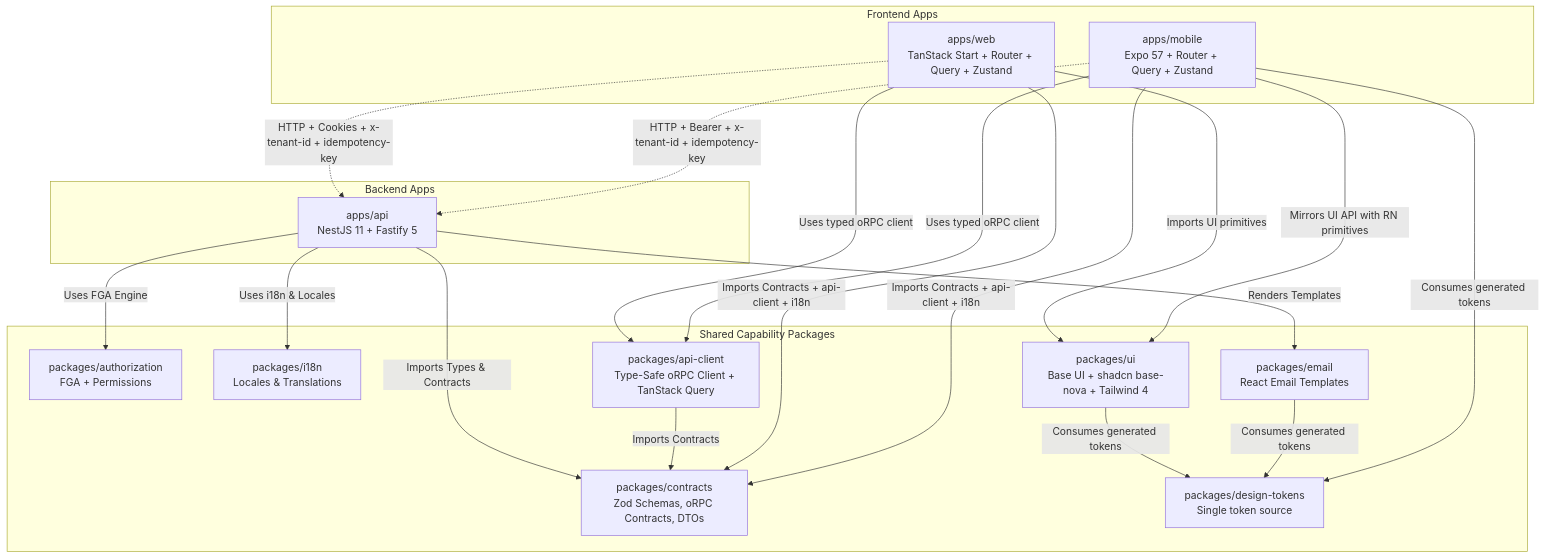
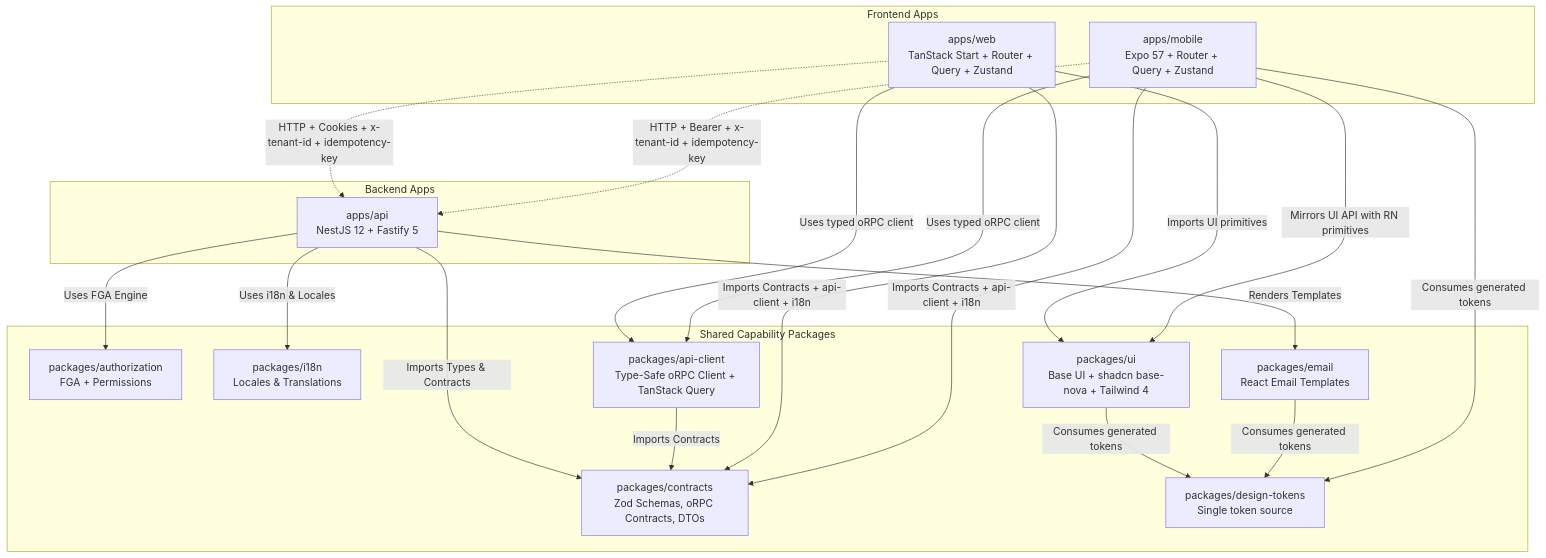
One commit to ihssmaheel-dev/modular-monolith-starter changed the first of 3 diagrams in ARCHITECTURE.md. Above: the diagram before and after it, drawn with Mermaid. The commit also changed other lines of this file and 8 other files, not shown here.

Commit message:
feat(api): upgrade to NestJS 12 with Fastify 5 support

````diff
--- a/ARCHITECTURE.md
+++ b/ARCHITECTURE.md
@@ -19,39 +19,39 @@
 ```mermaid
 graph TD
     subgraph Frontend Apps
         Web[apps/web<br>TanStack Start + Router + Query + Zustand]
         Mobile[apps/mobile<br>Expo 57 + Router + Query + Zustand]
     end
 
     subgraph Backend Apps
-        A[apps/api<br>NestJS 11 + Fastify 5]
+        A[apps/api<br>NestJS 12 + Fastify 5]
     end
 
     subgraph Shared Capability Packages
         S[packages/contracts<br>Zod Schemas, oRPC Contracts, DTOs]
         AuthZ[packages/authorization<br>FGA + Permissions]
         I18N[packages/i18n<br>Locales & Translations]
         Client[packages/api-client<br>Type-Safe oRPC Client + TanStack Query]
         UI[packages/ui<br>Base UI + shadcn base-nova + Tailwind 4]
         Tokens[packages/design-tokens<br>Single token source]
         Email[packages/email<br>React Email Templates]
     end
 
     A -->|Imports Types & Contracts| S
     A -->|Uses FGA Engine| AuthZ
     A -->|Uses i18n & Locales| I18N
     A -->|Renders Templates| Email
     Client -->|Imports Contracts| S
     UI -->|Consumes generated tokens| Tokens
     Email -->|Consumes generated tokens| Tokens
     Web -->|Imports Contracts + api-client + i18n| S
     Web -->|Imports UI primitives| UI
     Web -->|Uses typed oRPC client| Client
     Mobile -->|Imports Contracts + api-client + i18n| S
     Mobile -->|Mirrors UI API with RN primitives| UI
     Mobile -->|Consumes generated tokens| Tokens
     Mobile -->|Uses typed oRPC client| Client
 
     Web -.->|HTTP + Cookies + x-tenant-id + idempotency-key| A
     Mobile -.->|HTTP + Bearer + x-tenant-id + idempotency-key| A
 ```
````
